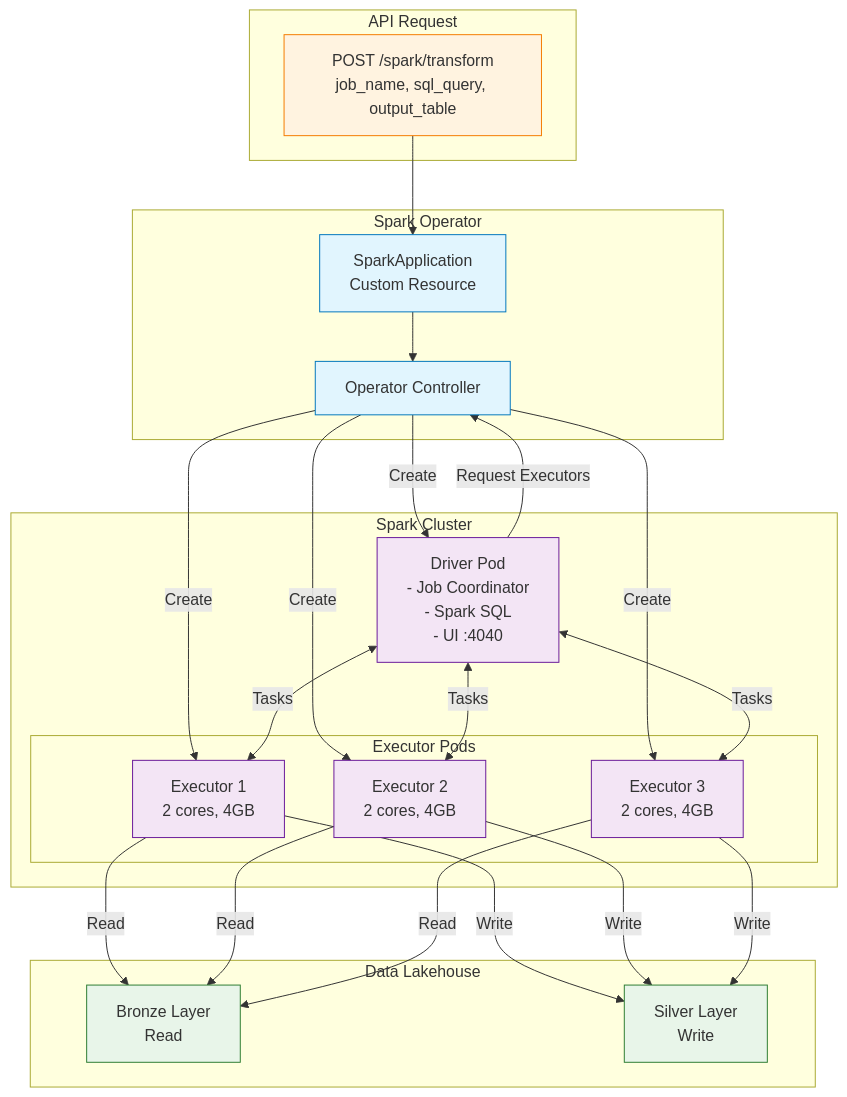
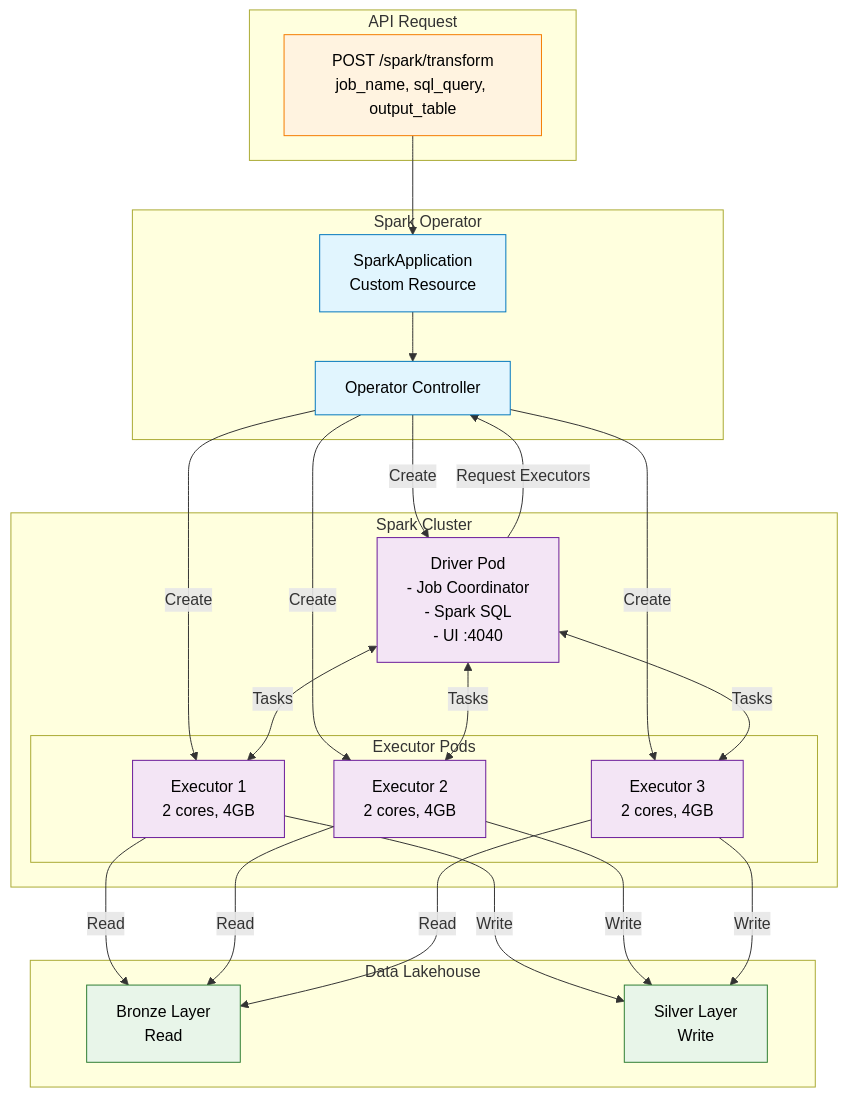
Before and after one commit to snowcell-cloud/asgard: the fifth of 19 diagrams in docs/COMPLETE_ARCHITECTURE.md, drawn with Mermaid. The commit also changed other lines of this file, not shown here.

Commit message:
fix: Update mermaid class definitions for consistent color styling in COMPLETE_ARCHITECTURE.md

````diff
--- a/docs/COMPLETE_ARCHITECTURE.md
+++ b/docs/COMPLETE_ARCHITECTURE.md
@@ -447,54 +447,54 @@
 ```mermaid
 flowchart TB
     subgraph API["API Request"]
         Request["POST /spark/transform\njob_name, sql_query, output_table"]
     end
 
     subgraph Operator["Spark Operator"]
         CustomResource["SparkApplication\nCustom Resource"]
         Controller["Operator Controller"]
     end
 
     subgraph SparkCluster["Spark Cluster"]
         Driver["Driver Pod\n- Job Coordinator\n- Spark SQL\n- UI :4040"]
 
         subgraph Executors["Executor Pods"]
             Exec1["Executor 1\n2 cores, 4GB"]
             Exec2["Executor 2\n2 cores, 4GB"]
             Exec3["Executor 3\n2 cores, 4GB"]
         end
     end
 
     subgraph Data["Data Lakehouse"]
         Bronze["Bronze Layer\nRead"]
         Silver["Silver Layer\nWrite"]
     end
 
     Request --> CustomResource
     CustomResource --> Controller
     Controller -->|"Create"| Driver
     Driver -->|"Request Executors"| Controller
     Controller -->|"Create"| Exec1
     Controller -->|"Create"| Exec2
     Controller -->|"Create"| Exec3
 
     Driver <-->|"Tasks"| Exec1
     Driver <-->|"Tasks"| Exec2
     Driver <-->|"Tasks"| Exec3
     Exec1 -->|"Read"| Bronze
     Exec2 -->|"Read"| Bronze
     Exec3 -->|"Read"| Bronze
     Exec1 -->|"Write"| Silver
     Exec2 -->|"Write"| Silver
     Exec3 -->|"Write"| Silver
 
-    classDef apiStyle fill:#fff3e0,stroke:#f57c00
-    classDef operatorStyle fill:#e1f5fe,stroke:#0277bd
-    classDef sparkStyle fill:#f3e5f5,stroke:#6a1b9a
-    classDef dataStyle fill:#e8f5e9,stroke:#2e7d32
+    classDef apiStyle fill:#fff3e0,stroke:#f57c00,color:#000
+    classDef operatorStyle fill:#e1f5fe,stroke:#0277bd,color:#000
+    classDef sparkStyle fill:#f3e5f5,stroke:#6a1b9a,color:#000
+    classDef dataStyle fill:#e8f5e9,stroke:#2e7d32,color:#000
 
     class Request apiStyle
     class CustomResource,Controller operatorStyle
     class Driver,Exec1,Exec2,Exec3 sparkStyle
     class Bronze,Silver dataStyle
 ```
````
